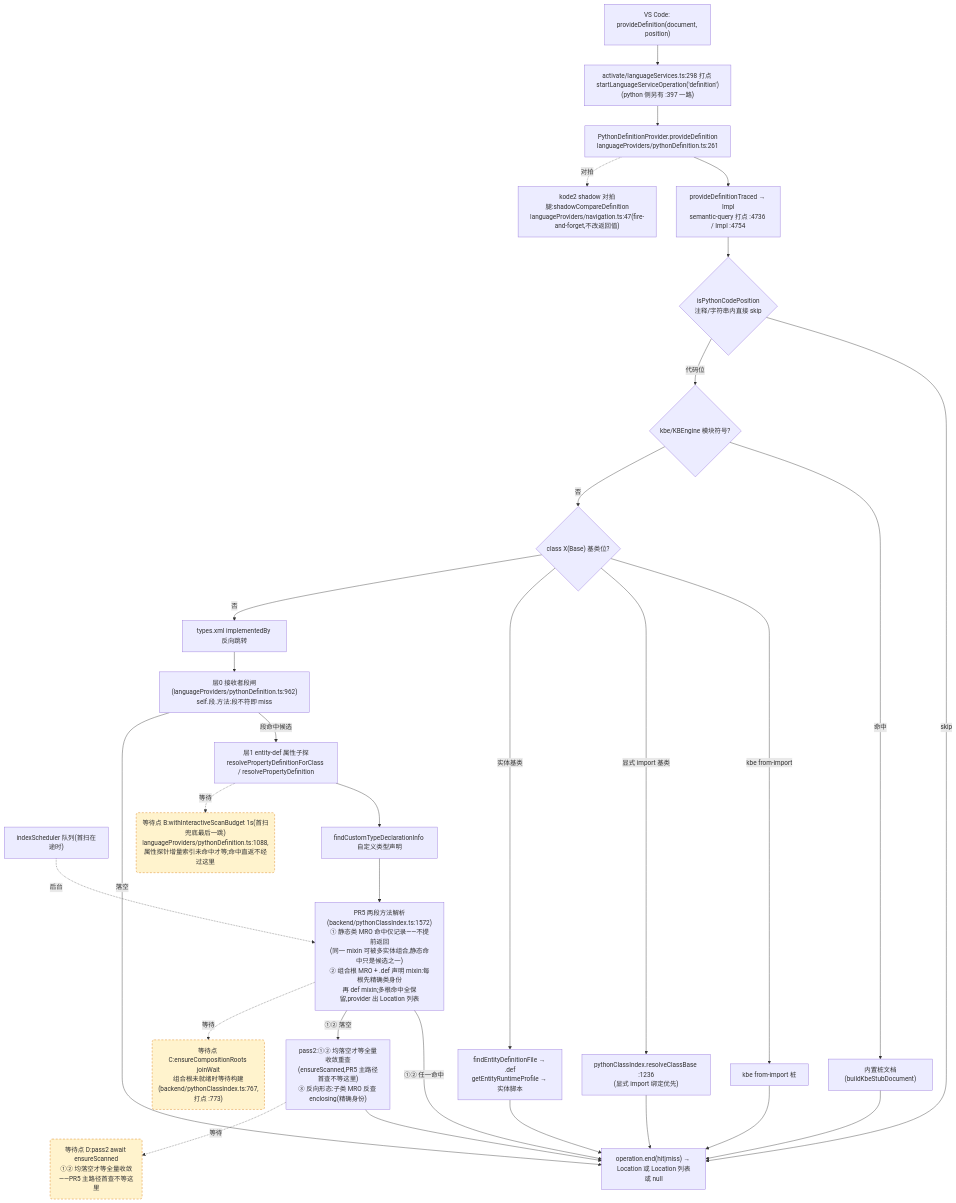
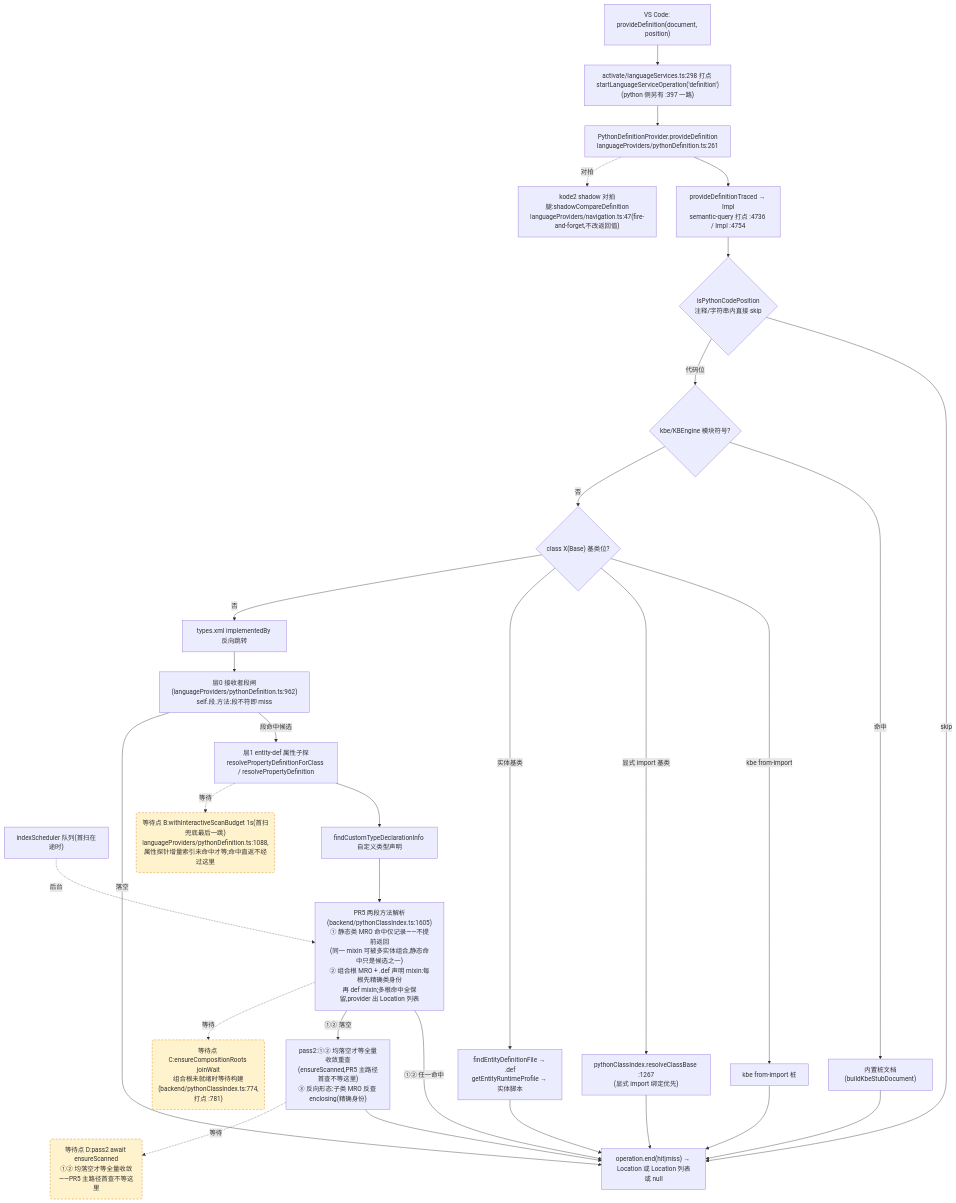
Before and after one commit to cuihairu/kode: the second of 4 diagrams in docs/perf/2026-baseline.md, drawn with Mermaid. The commit also changed other lines of this file and 7 other files, not shown here.

````diff
--- a/docs/perf/2026-baseline.md
+++ b/docs/perf/2026-baseline.md
@@ -151,51 +152,51 @@
 ```mermaid
 flowchart TD
   VC2["VS Code: provideDefinition(document, position)"]
   M2["activate/languageServices.ts:298 打点 startLanguageServiceOperation('definition')<br/>(python 侧另有 :397 一路)"]
   AD2["PythonDefinitionProvider.provideDefinition<br/>languageProviders/pythonDefinition.ts:261"]
   TR["provideDefinitionTraced → Impl<br/>semantic-query 打点 :4736 / Impl :4754"]
   CTX{"isPythonCodePosition<br/>注释/字符串内直接 skip"}
   KBE{"kbe/KBEngine 模块符号?"}
   STUB["内置桩文档(buildKbeStubDocument)"]
   CB{"class X(Base) 基类位?"}
   CB1["kbe from-import 桩"]
-  CB2["pythonClassIndex.resolveClassBase :1236<br/>(显式 import 绑定优先)"]
+  CB2["pythonClassIndex.resolveClassBase :1267<br/>(显式 import 绑定优先)"]
   CB3["findEntityDefinitionFile → .def<br/>getEntityRuntimeProfile → 实体脚本"]
   REV["types.xml implementedBy 反向跳转"]
   L0["层0 接收者段闸(languageProviders/pythonDefinition.ts:962)<br/>self.段.方法:段不符即 miss"]
   L1["层1 entity-def 属性子探<br/>resolvePropertyDefinitionForClass / resolvePropertyDefinition"]
   SCAN["indexScheduler 队列(首扫在途时)"]
   TY["findCustomTypeDeclarationInfo 自定义类型声明"]
-  MRO["PR5 两段方法解析(backend/pythonClassIndex.ts:1572)<br/>① 静态类 MRO 命中仅记录——不提前返回<br/>(同一 mixin 可被多实体组合,静态命中只是候选之一)<br/>② 组合根 MRO + .def 声明 mixin:每根先精确类身份<br/>再 def mixin;多根命中全保留,provider 出 Location 列表"]
+  MRO["PR5 两段方法解析(backend/pythonClassIndex.ts:1605)<br/>① 静态类 MRO 命中仅记录——不提前返回<br/>(同一 mixin 可被多实体组合,静态命中只是候选之一)<br/>② 组合根 MRO + .def 声明 mixin:每根先精确类身份<br/>再 def mixin;多根命中全保留,provider 出 Location 列表"]
   PASS2["pass2:①② 均落空才等全量收敛重查<br/>(ensureScanned,PR5 主路径首查不等这里)<br/>③ 反向形态:子类 MRO 反查 enclosing(精确身份)"]
   SHD["kode2 shadow 对拍腿:shadowCompareDefinition<br/>languageProviders/navigation.ts:47(fire-and-forget,不改返回值)"]
   END2["operation.end(hit|miss) → Location 或 Location 列表或 null"]
 
   VC2 --> M2 --> AD2 --> TR --> CTX
   CTX -- "skip" --> END2
   CTX -- "代码位" --> KBE
   KBE -- "命中" --> STUB --> END2
   KBE -- "否" --> CB
   CB -- "kbe from-import" --> CB1 --> END2
   CB -- "显式 import 基类" --> CB2 --> END2
   CB -- "实体基类" --> CB3 --> END2
   CB -- "否" --> REV --> L0
   L0 -- "段命中候选" --> L1
   L0 -- "落空" --> END2
   L1 --> TY
   TY --> MRO
   MRO -- "①② 任一命中" --> END2
   MRO -- "①② 落空" --> PASS2 --> END2
   AD2 -.->|对拍| SHD
 
   WAITB("等待点 B:withInteractiveScanBudget 1s(首扫兜底最后一跳)<br/>languageProviders/pythonDefinition.ts:1088,属性探针增量索引未命中才等;命中直返不经过这里")
-  WAITC("等待点 C:ensureCompositionRoots joinWait<br/>组合根未就绪时等待构建(backend/pythonClassIndex.ts:767,打点 :773)")
+  WAITC("等待点 C:ensureCompositionRoots joinWait<br/>组合根未就绪时等待构建(backend/pythonClassIndex.ts:774,打点 :781)")
   WAITD("等待点 D:pass2 await ensureScanned<br/>①② 均落空才等全量收敛——PR5 主路径首查不等这里")
   L1 -.->|等待| WAITB
   MRO -.->|等待| WAITC
   PASS2 -.->|等待| WAITD
   SCAN -.->|后台| MRO
 
   classDef waitPoint fill:#fff3cd,stroke:#d97706,stroke-dasharray:5 4;
   class WAITB,WAITC,WAITD waitPoint;
 ```
````
